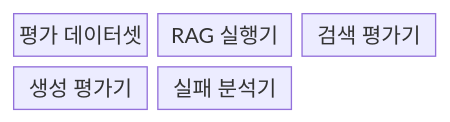
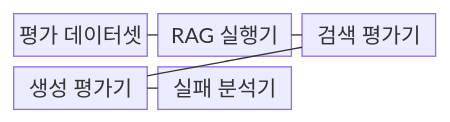
Before and after one commit to agnusdei1207/knowledge-base: the first of 2 diagrams in src/content/docs/notes/08-latest-tech/081_rag_evaluation.md, drawn with Mermaid. The commit also changed other lines of this file and 228 other files, not shown here.

````diff
--- a/src/content/docs/notes/08-latest-tech/081_rag_evaluation.md
+++ b/src/content/docs/notes/08-latest-tech/081_rag_evaluation.md
@@ -51,9 +51,13 @@
 ```mermaid
 block-beta
     columns 3
     D["평가 데이터셋"]
     X["RAG 실행기"]
     R["검색 평가기"]
     G["생성 평가기"]
     A["실패 분석기"]
+    D --- X
+    X --- R
+    R --- G
+    G --- A
 ```
````
